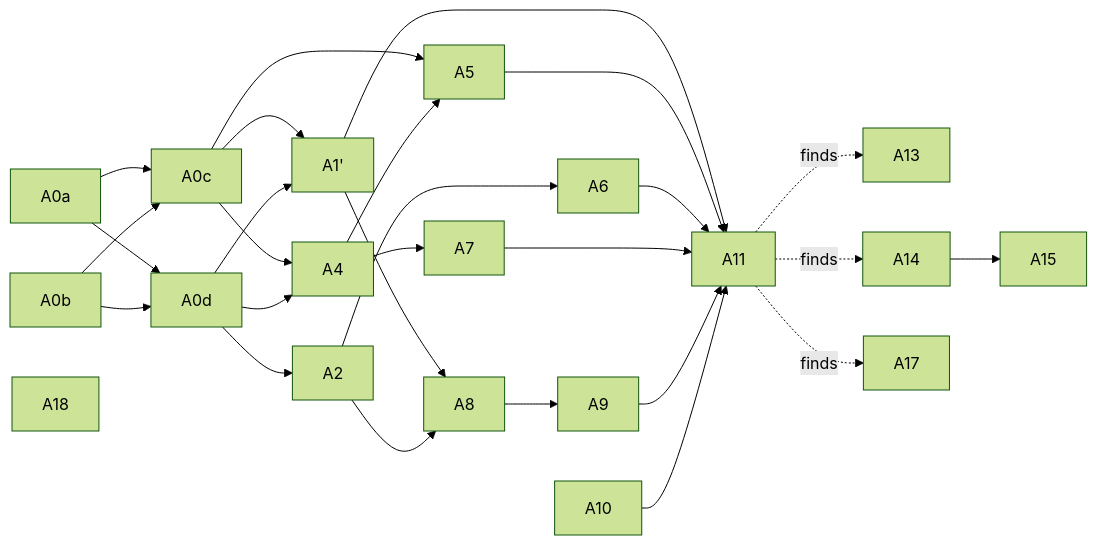
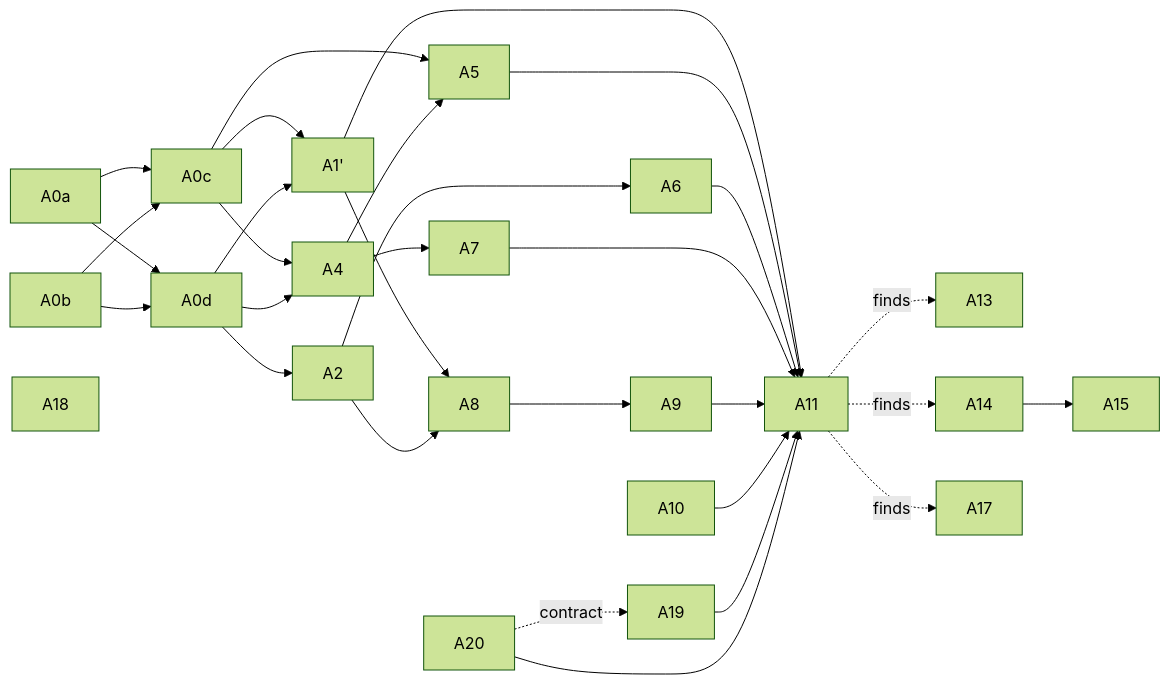
One commit to Rainnystone/larkent changed the diagram in docs/specs/automations/tickets/README.md. Above: the diagram before and after it, drawn with Mermaid (forest theme). The commit also changed other lines of this file and 5 other files, not shown here.

````diff
--- a/docs/specs/automations/tickets/README.md
+++ b/docs/specs/automations/tickets/README.md
@@ -45,26 +49,28 @@
 ```mermaid
 graph LR
   A0a --> A0c
   A0b --> A0c
   A0a --> A0d
   A0b --> A0d
   A0c --> A1p["A1'"]
   A0d --> A1p
   A0d --> A2
   A0c --> A4
   A0d --> A4
   A0c --> A5
   A4 --> A5
   A2 --> A6
   A4 --> A7
   A1p --> A8
   A2 --> A8
   A8 --> A9
   A10
   A1p & A5 & A6 & A7 & A9 & A10 --> A11
   A11 -.finds.-> A13
   A11 -.finds.-> A14
   A14 --> A15
   A11 -.finds.-> A17
   A18
+  A20 -.contract.-> A19
+  A19 & A20 --> A11
 ```
````
